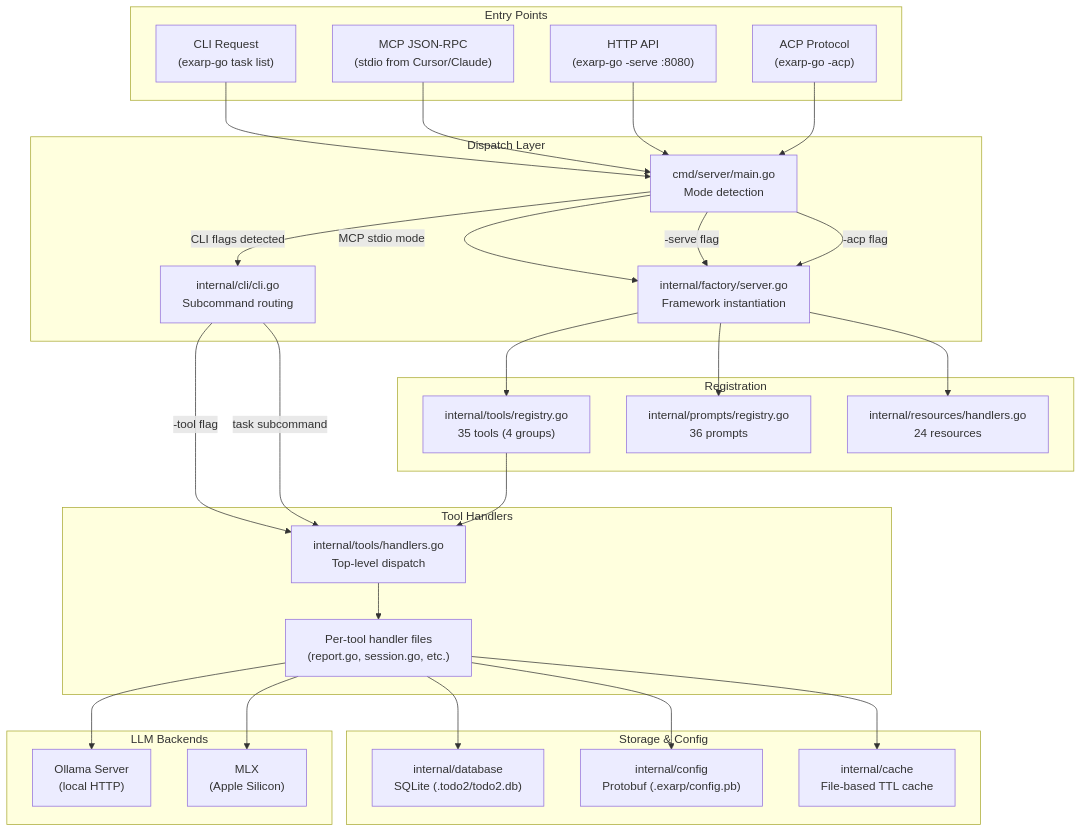
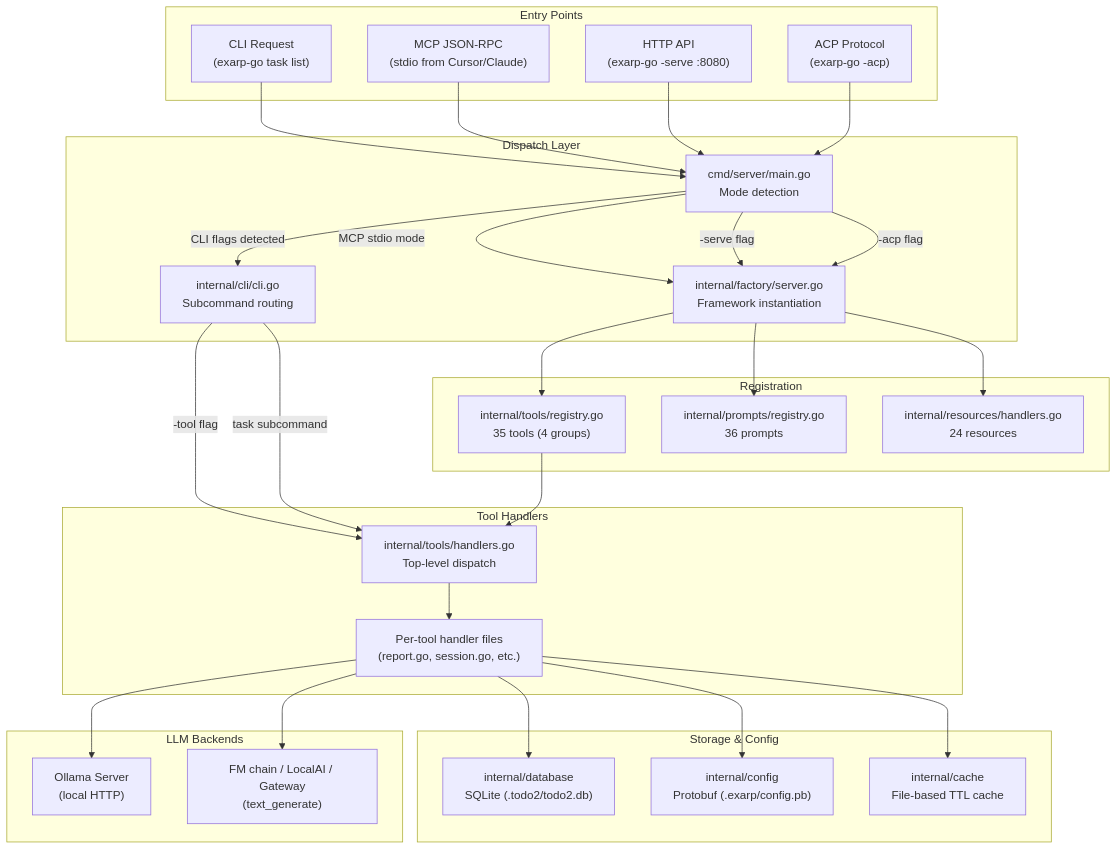
The diagram in docs/ARCHITECTURE.md (davidl71/exarp-go), drawn with Mermaid before and after one commit. The commit also changed other lines of this file and 176 other files, not shown here.

````diff
--- a/docs/ARCHITECTURE.md
+++ b/docs/ARCHITECTURE.md
@@ -40,62 +40,62 @@
 ```mermaid
 flowchart TD
     subgraph Entry["Entry Points"]
         CLI["CLI Request<br/>(exarp-go task list)"]
         MCP["MCP JSON-RPC<br/>(stdio from Cursor/Claude)"]
         HTTP["HTTP API<br/>(exarp-go -serve :8080)"]
         ACP_IN["ACP Protocol<br/>(exarp-go -acp)"]
     end
 
     subgraph Dispatch["Dispatch Layer"]
         MAIN["cmd/server/main.go<br/>Mode detection"]
         CLI_DISPATCH["internal/cli/cli.go<br/>Subcommand routing"]
         FACTORY["internal/factory/server.go<br/>Framework instantiation"]
     end
 
     subgraph Registration["Registration"]
         TOOLS_REG["internal/tools/registry.go<br/>35 tools (4 groups)"]
         PROMPTS_REG["internal/prompts/registry.go<br/>36 prompts"]
         RESOURCES_REG["internal/resources/handlers.go<br/>24 resources"]
     end
 
     subgraph Handlers["Tool Handlers"]
         HANDLERS["internal/tools/handlers.go<br/>Top-level dispatch"]
         TOOL_IMPL["Per-tool handler files<br/>(report.go, session.go, etc.)"]
     end
 
     subgraph Storage["Storage & Config"]
         DB["internal/database<br/>SQLite (.todo2/todo2.db)"]
         CONFIG["internal/config<br/>Protobuf (.exarp/config.pb)"]
         CACHE["internal/cache<br/>File-based TTL cache"]
     end
 
     subgraph LLM["LLM Backends"]
         OLLAMA["Ollama Server<br/>(local HTTP)"]
-        MLX["MLX<br/>(Apple Silicon)"]
+        FMCHAIN["FM chain / LocalAI / Gateway<br/>(text_generate)"]
     end
 
     CLI --> MAIN
     MCP --> MAIN
     HTTP --> MAIN
     ACP_IN --> MAIN
 
     MAIN -->|"CLI flags detected"| CLI_DISPATCH
     MAIN -->|"MCP stdio mode"| FACTORY
     MAIN -->|"-serve flag"| FACTORY
     MAIN -->|"-acp flag"| FACTORY
 
     FACTORY --> TOOLS_REG
     FACTORY --> PROMPTS_REG
     FACTORY --> RESOURCES_REG
 
     CLI_DISPATCH -->|"-tool flag"| HANDLERS
     CLI_DISPATCH -->|"task subcommand"| HANDLERS
     TOOLS_REG --> HANDLERS
     HANDLERS --> TOOL_IMPL
 
     TOOL_IMPL --> DB
     TOOL_IMPL --> CONFIG
     TOOL_IMPL --> CACHE
     TOOL_IMPL --> OLLAMA
-    TOOL_IMPL --> MLX
+    TOOL_IMPL --> FMCHAIN
 ```
````
